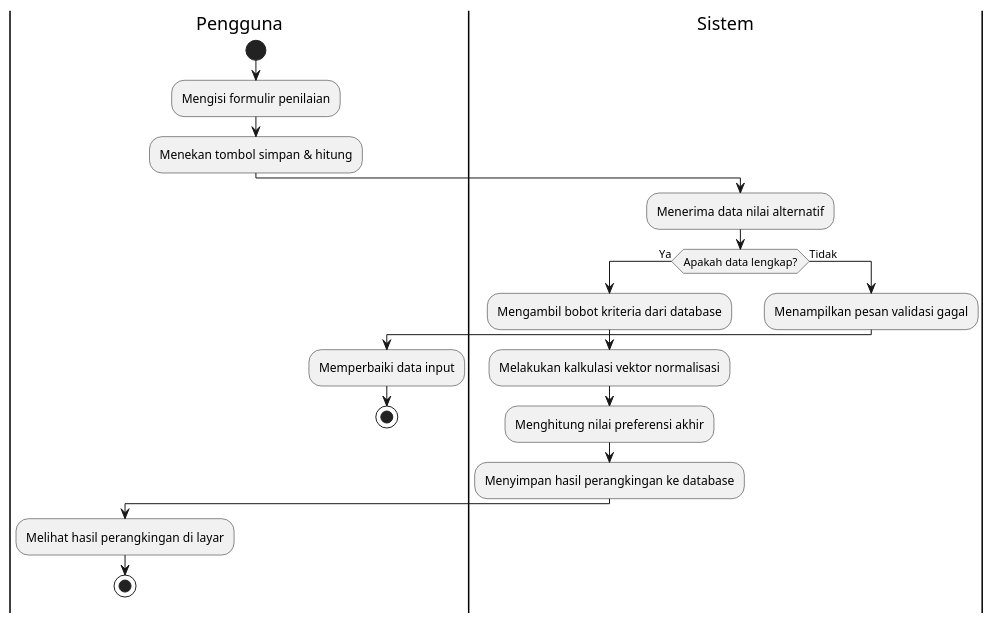
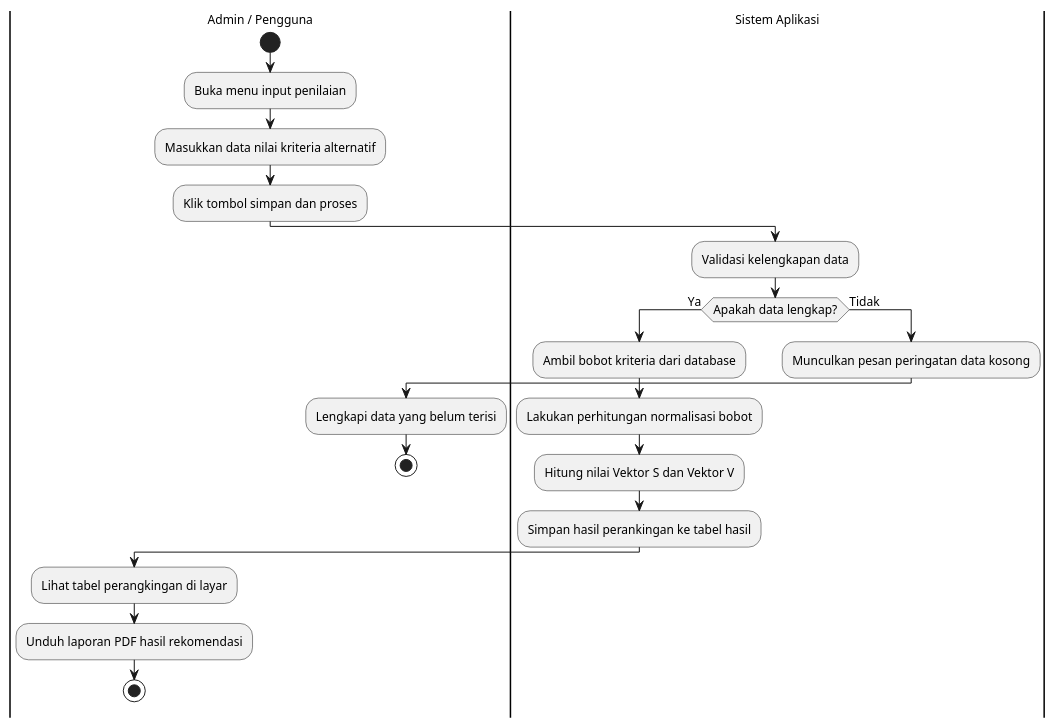
The seventh of 8 diagrams in SOP/SOP_DIAGRAM.md (skimatt/ai-thesis-workspace), drawn with PlantUML before and after one commit. The commit also changed other lines of this file and 55 other files, not shown here.

Commit message:
feat: upgrade workspace to modular architecture v3.0 with automated compiler and QA tooling

````diff
--- a/SOP/SOP_DIAGRAM.md
+++ b/SOP/SOP_DIAGRAM.md
@@ -195,30 +365,33 @@
 ```plantuml
 @startuml
 skinparam monochrome true
 skinparam shadowing false
 skinparam defaultFontName "Times New Roman"
+skinparam defaultFontSize 12
 
-|Pengguna|
+|Admin / Pengguna|
 start
-:Mengisi formulir penilaian;
-:Menekan tombol simpan & hitung;
+:Buka menu input penilaian;
+:Masukkan data nilai kriteria alternatif;
+:Klik tombol simpan dan proses;
 
-|Sistem|
-:Menerima data nilai alternatif;
+|Sistem Aplikasi|
+:Validasi kelengkapan data;
 if (Apakah data lengkap?) then (Ya)
-  :Mengambil bobot kriteria dari database;
-  :Melakukan kalkulasi vektor normalisasi;
-  :Menghitung nilai preferensi akhir;
-  :Menyimpan hasil perangkingan ke database;
-  |Pengguna|
-  :Melihat hasil perangkingan di layar;
+  :Ambil bobot kriteria dari database;
+  :Lakukan perhitungan normalisasi bobot;
+  :Hitung nilai Vektor S dan Vektor V;
+  :Simpan hasil perankingan ke tabel hasil;
+  |Admin / Pengguna|
+  :Lihat tabel perangkingan di layar;
+  :Unduh laporan PDF hasil rekomendasi;
   stop
 else (Tidak)
-  |Sistem|
-  :Menampilkan pesan validasi gagal;
-  |Pengguna|
-  :Memperbaiki data input;
+  |Sistem Aplikasi|
+  :Munculkan pesan peringatan data kosong;
+  |Admin / Pengguna|
+  :Lengkapi data yang belum terisi;
   stop
 endif
 @enduml
 ```
````
